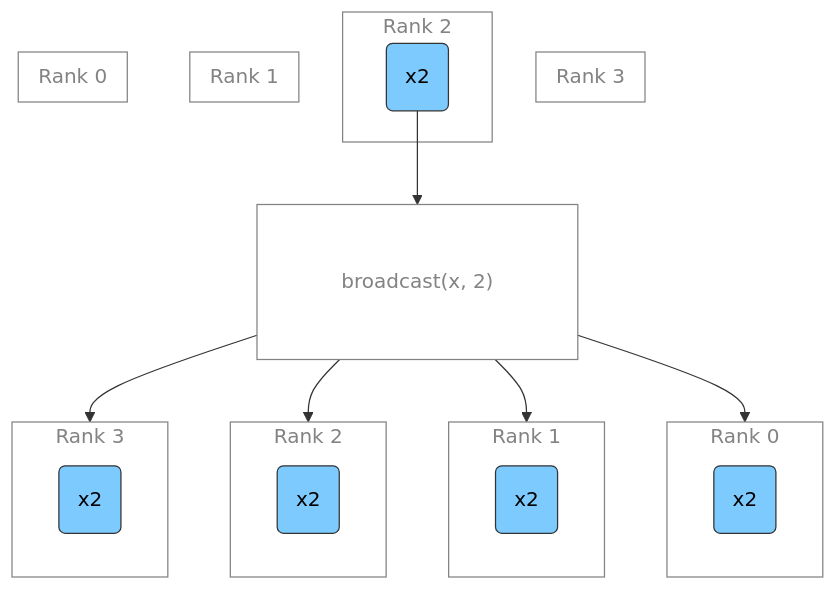
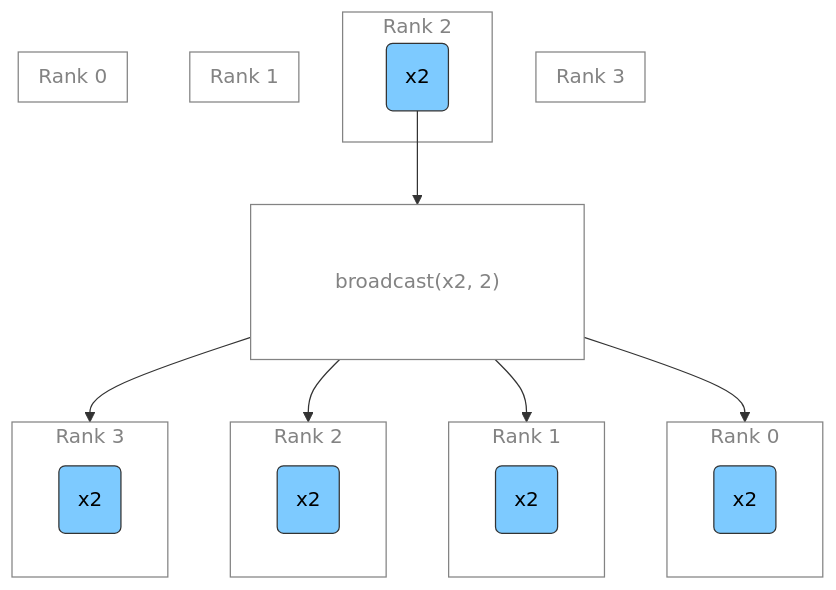
The tenth of 15 diagrams in docs/talks/ai-for-science-2024/ai-for-science-2024.md (saforem2/personal_site), drawn with Mermaid before and after one commit. The commit also changed other lines of this file and 19 other files, not shown here.

````diff
--- a/docs/talks/ai-for-science-2024/ai-for-science-2024.md
+++ b/docs/talks/ai-for-science-2024/ai-for-science-2024.md
@@ -580,39 +581,39 @@
 ``` mermaid
 flowchart TD
   subgraph R3["`Rank 3`"]
   end
   subgraph R2["`Rank 2`"]
     x2("`x2`")
   end
   subgraph R1["`Rank 1`"]
   end
   subgraph R0["`Rank 0`"]
   end
   subgraph AR["` `"]
-    xp["`broadcast(x, 2)`"]
+    xp["`broadcast(x2, 2)`"]
   end
   subgraph AR3["`Rank 3`"]
     xp3("`x2`")
   end
   subgraph AR2["`Rank 2`"]
     xp2("`x2`")
   end
   subgraph AR1["`Rank 1`"]
     xp1("`x2`")
   end
   subgraph AR0["`Rank 0`"]
     xp0("`x2`")
   end
   x2 --> AR
   AR --> AR3
   AR --> AR2
   AR --> AR1
   AR --> AR0
-classDef text fill:#CCCCCC02,stroke:#838383,stroke-width:0px,color:#838383
+classDef text fill:#CCCCCC02,stroke:#838383,stroke-width:0px,color:#838383,font-weight:500
 classDef block fill:#CCCCCC02,stroke:#838383,stroke-width:1px,font-weight:500,color:#838383
 classDef blue fill:#7DCAFF,stroke:#333,stroke-width:1px,color:#000
 classDef yellow fill:#FFFF7F,stroke:#333,stroke-width:1px,color:#000
 class R0,R1,R2,R3,AR0,AR1,AR2,AR3,AR, block
 class x2,xp0,xp1,xp2,xp3 blue
 class xp, text
 ```
````
